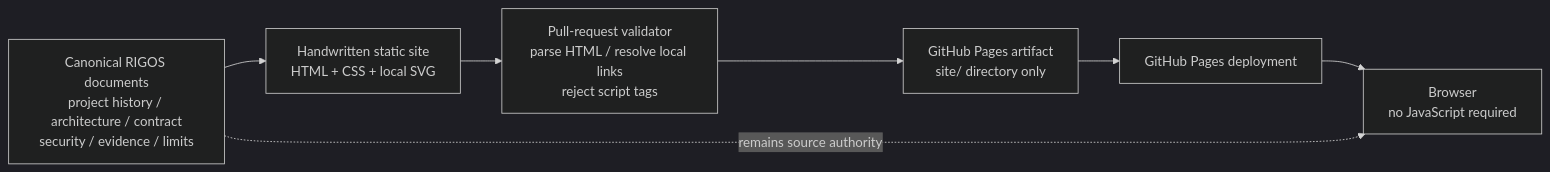
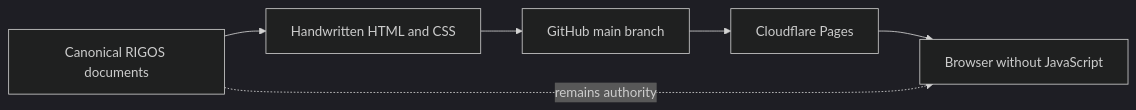
One commit to Deadbytes101/RIGOS changed the first of 2 diagrams in site/ARCHITECTURE.md. Above: the diagram before and after it, drawn with Mermaid (dark theme). The commit also changed other lines of this file and 17 other files, not shown here.

First line of the commit message:
Simplify RIGOS site and add static Mermaid diagrams

````diff
--- a/site/ARCHITECTURE.md
+++ b/site/ARCHITECTURE.md
@@ -11,16 +11,14 @@
 ```mermaid
 flowchart LR
-    DOCS["Canonical RIGOS documents\nproject history / architecture / contract\nsecurity / evidence / limits"]
-    HTML["Handwritten static site\nHTML + CSS + local SVG"]
-    CHECK["Pull-request validator\nparse HTML / resolve local links\nreject script tags"]
-    ARTIFACT["GitHub Pages artifact\nsite/ directory only"]
-    DEPLOY["GitHub Pages deployment"]
-    READER["Browser\nno JavaScript required"]
+    DOCS["Canonical RIGOS documents"]
+    SITE["Handwritten HTML and CSS"]
+    GIT["GitHub main branch"]
+    PAGES["Cloudflare Pages"]
+    READER["Browser without JavaScript"]
 
-    DOCS --> HTML
-    HTML --> CHECK
-    CHECK --> ARTIFACT
-    ARTIFACT --> DEPLOY
-    DEPLOY --> READER
-    DOCS -. "remains source authority" .-> READER
+    DOCS --> SITE
+    SITE --> GIT
+    GIT --> PAGES
+    PAGES --> READER
+    DOCS -. "remains authority" .-> READER
 ```
````
